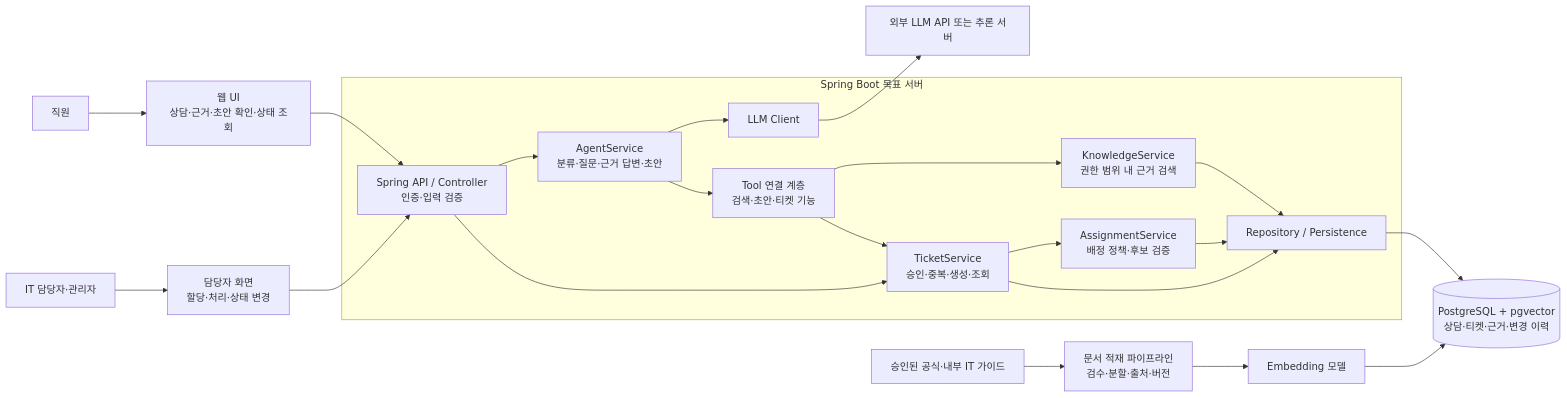
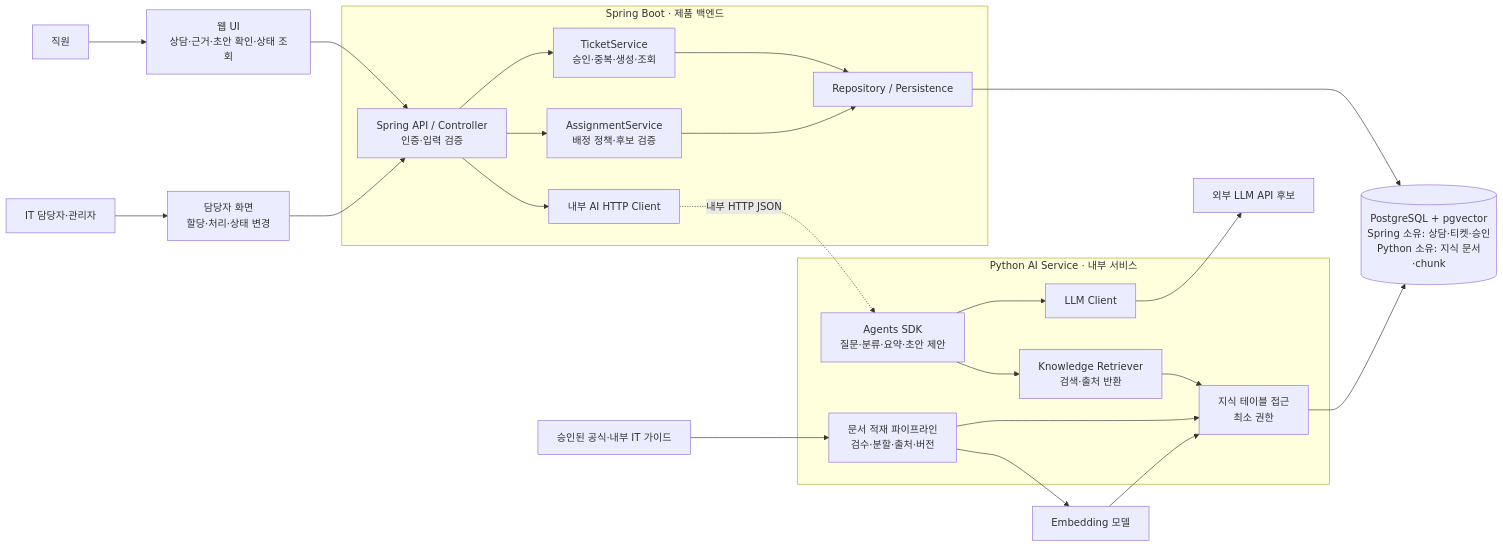
The second of 4 diagrams in 설계/플로우차트_및_아키텍처.md (Jhanoo/hanwha_final), drawn with Mermaid before and after one commit. The commit also changed other lines of this file and 8 other files, not shown here.

````diff
--- a/설계/플로우차트_및_아키텍처.md
+++ b/설계/플로우차트_및_아키텍처.md
@@ -44,27 +44,31 @@
 ```mermaid
 flowchart LR
     EMP["직원"] --> UI["웹 UI<br/>상담·근거·초안 확인·상태 조회"]
     OPS["IT 담당자·관리자"] --> BOARD["담당자 화면<br/>할당·처리·상태 변경"]
     UI --> API["Spring API / Controller<br/>인증·입력 검증"]
     BOARD --> API
 
-    subgraph BACK["Spring Boot 목표 서버"]
-        API --> AGENT["AgentService<br/>분류·질문·근거 답변·초안"]
-        AGENT --> MODEL["LLM Client"]
-        AGENT --> TOOLS["Tool 연결 계층<br/>검색·초안·티켓 기능"]
-        TOOLS --> RAG["KnowledgeService<br/>권한 범위 내 근거 검색"]
-        TOOLS --> TICKET["TicketService<br/>승인·중복·생성·조회"]
-        API --> TICKET
-        TICKET --> ASSIGN["AssignmentService<br/>배정 정책·후보 검증"]
+    subgraph BACK["Spring Boot · 제품 백엔드"]
+        API --> AICLIENT["내부 AI HTTP Client"]
+        API --> TICKET["TicketService<br/>승인·중복·생성·조회"]
+        API --> ASSIGN["AssignmentService<br/>배정 정책·후보 검증"]
         TICKET --> REPO["Repository / Persistence"]
         ASSIGN --> REPO
-        RAG --> REPO
     end
 
-    MODEL --> LLM["외부 LLM API 또는 추론 서버"]
-    REPO --> DB[("PostgreSQL + pgvector<br/>상담·티켓·근거·변경 이력")]
+    subgraph PY["Python AI Service · 내부 서비스"]
+        AICLIENT -. "내부 HTTP JSON" .-> AGENT["Agents SDK<br/>질문·분류·요약·초안 제안"]
+        AGENT --> RAG["Knowledge Retriever<br/>검색·출처 반환"]
+        RAG --> KREPO["지식 테이블 접근<br/>최소 권한"]
+        INGEST["문서 ingestion"] --> KREPO
+        AGENT --> MODEL["LLM Client"]
+    end
+
+    MODEL --> LLM["외부 LLM API 후보"]
+    REPO --> DB[("PostgreSQL + pgvector<br/>Spring 소유: 상담·티켓·승인<br/>Python 소유: 지식 문서·chunk")]
+    KREPO --> DB
 
     DOC["승인된 공식·내부 IT 가이드"] --> INGEST["문서 적재 파이프라인<br/>검수·분할·출처·버전"]
     INGEST --> EMB["Embedding 모델"]
-    EMB --> DB
+    EMB --> KREPO
 ```
````
